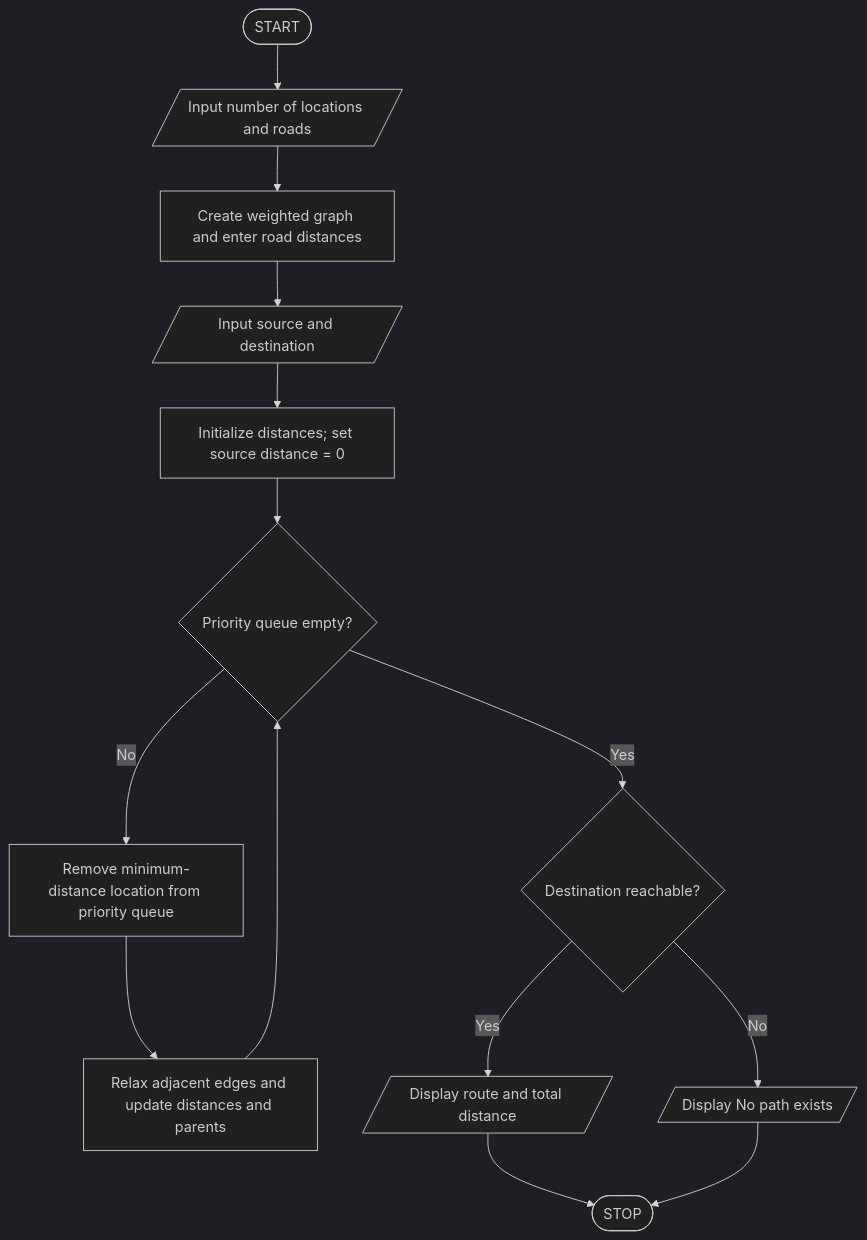
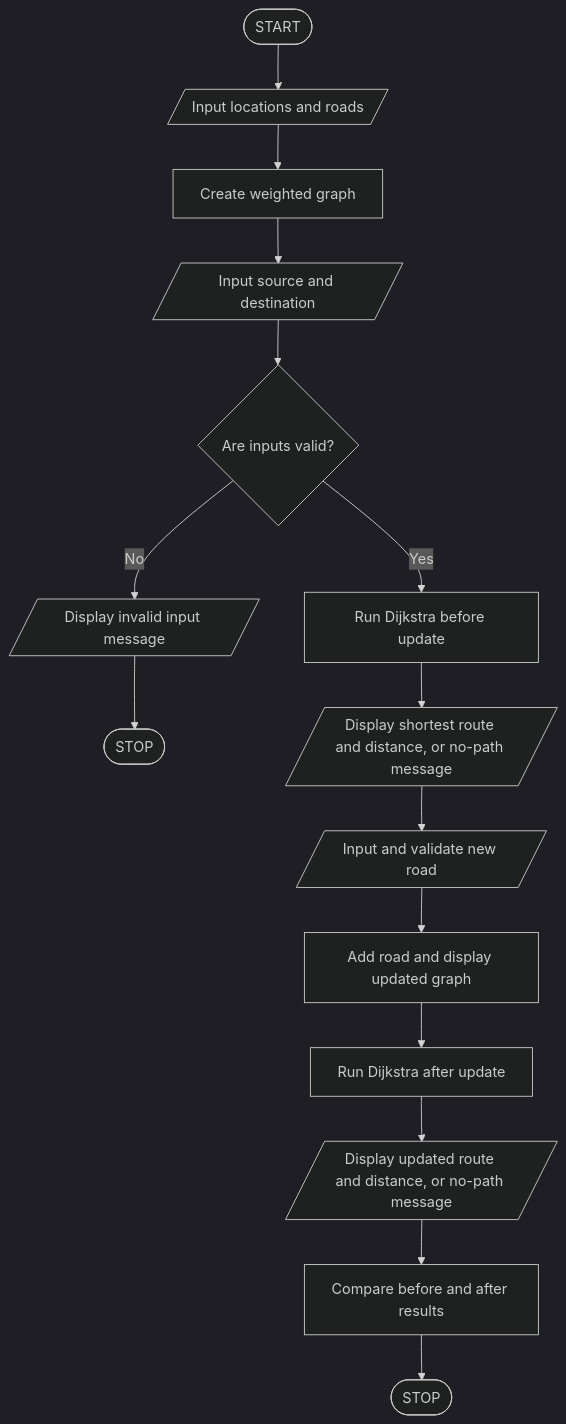
Before and after one commit to RuchaMule/DSA_APPLICATION: the diagram in DSA-Unit5-Graph-180-MuleRucha/Modification/Flowchart.md, drawn with Mermaid (dark theme). The commit also changed other lines of this file, not shown here.

Commit message:
Update flowchart for Dijkstra's Algorithm

````diff
--- a/DSA-Unit5-Graph-180-MuleRucha/Modification/Flowchart.md
+++ b/DSA-Unit5-Graph-180-MuleRucha/Modification/Flowchart.md
@@ -4,19 +4,19 @@
 ```mermaid
 flowchart TD
-    A([START]) --> B[/Input number of locations and roads/]
-    B --> C[Create weighted graph and enter road distances]
+    A([START]) --> B[/Input locations and roads/]
+    B --> C[Create weighted graph]
     C --> D[/Input source and destination/]
-    D --> E[Initialize distances; set source distance = 0]
-    E --> F{Priority queue empty?}
+    D --> E{Are inputs valid?}
 
-    F -- No --> G[Remove minimum-distance location from priority queue]
-    G --> H[Relax adjacent edges and update distances and parents]
-    H --> F
+    E -- No --> F[/Display invalid input message/]
+    F --> X([STOP])
 
-    F -- Yes --> I{Destination reachable?}
-    I -- Yes --> J[/Display route and total distance/]
-    I -- No --> K[/Display No path exists/]
-
-    J --> L([STOP])
-    K --> L
+    E -- Yes --> G[Run Dijkstra before update]
+    G --> H[/Display shortest route and distance, or no-path message/]
+    H --> I[/Input and validate new road/]
+    I --> J[Add road and display updated graph]
+    J --> K[Run Dijkstra after update]
+    K --> L[/Display updated route and distance, or no-path message/]
+    L --> M[Compare before and after results]
+    M --> N([STOP])
 ```
````
